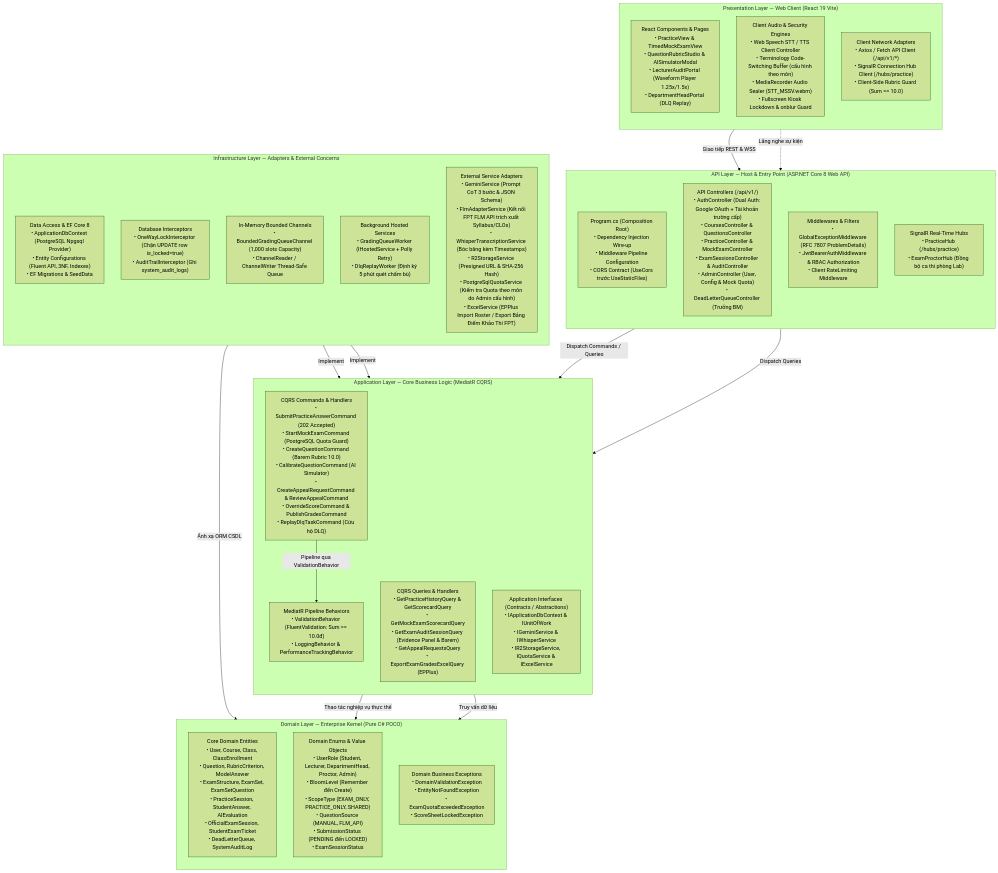
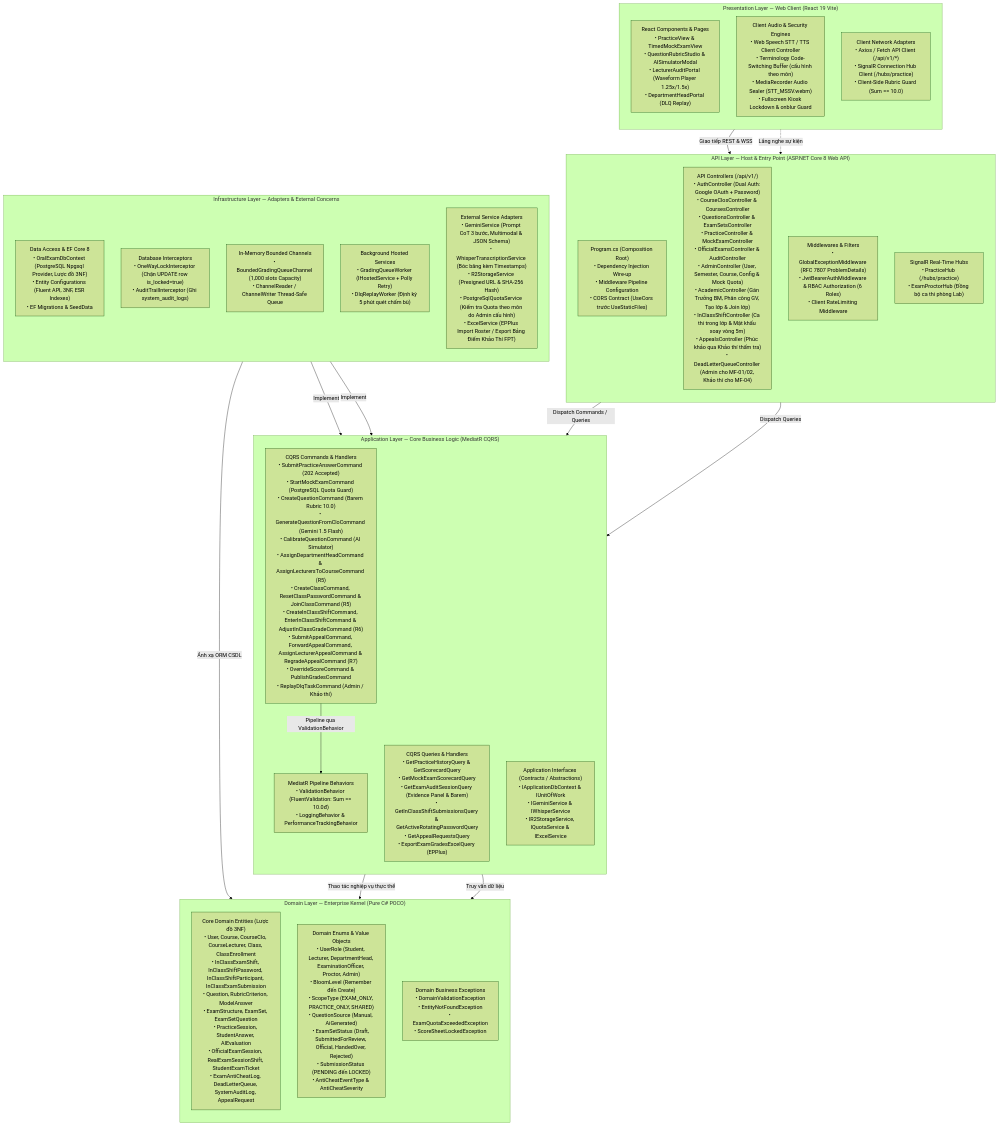
The third of 24 diagrams in docs/01_architecture/MASTER_ARCHITECTURE.md (An-LLM-based-Oral-Examination/oral-exam-system), drawn with Mermaid (forest theme) before and after one commit. The commit also changed other lines of this file and 162 other files, not shown here.

Commit message:
feat(official-exam): sync 6 roles rbac, course clos, anti-cheat logs and architecture docs

````diff
--- a/docs/01_architecture/MASTER_ARCHITECTURE.md
+++ b/docs/01_architecture/MASTER_ARCHITECTURE.md
@@ -440,53 +468,53 @@
 ```mermaid
 flowchart TD
     subgraph Layer_Client ["Presentation Layer — Web Client (React 19 Vite)"]
         direction TB
         UI_Components["React Components & Pages<br>• PracticeView & TimedMockExamView<br>• QuestionRubricStudio & AISimulatorModal<br>• LecturerAuditPortal (Waveform Player 1.25x/1.5x)<br>• DepartmentHeadPortal (DLQ Replay)"]
         UI_Audio["Client Audio & Security Engines<br>• Web Speech STT / TTS Client Controller<br>• Terminology Code-Switching Buffer (cấu hình theo môn)<br>• MediaRecorder Audio Sealer (STT_MSSV.webm)<br>• Fullscreen Kiosk Lockdown & onblur Guard"]
         UI_Network["Client Network Adapters<br>• Axios / Fetch API Client (/api/v1/*)<br>• SignalR Connection Hub Client (/hubs/practice)<br>• Client-Side Rubric Guard (Sum == 10.0)"]
     end
 
     subgraph Layer_API ["API Layer — Host & Entry Point (ASP.NET Core 8 Web API)"]
         direction TB
         API_Program["Program.cs (Composition Root)<br>• Dependency Injection Wire-up<br>• Middleware Pipeline Configuration<br>• CORS Contract (UseCors trước UseStaticFiles)"]
-        API_Controllers["API Controllers (/api/v1/)<br>• AuthController (Dual Auth: Google OAuth + Tài khoản trường cấp)<br>• CoursesController & QuestionsController<br>• PracticeController & MockExamController<br>• ExamSessionsController & AuditController<br>• AdminController (User, Config & Mock Quota)<br>• DeadLetterQueueController (Trưởng BM)"]
-        API_Middleware["Middlewares & Filters<br>• GlobalExceptionMiddleware (RFC 7807 ProblemDetails)<br>• JwtBearerAuthMiddleware & RBAC Authorization<br>• Client RateLimiting Middleware"]
+        API_Controllers["API Controllers (/api/v1/)<br>• AuthController (Dual Auth: Google OAuth + Password)<br>• CourseClosController & CoursesController<br>• QuestionsController & ExamSetsController<br>• PracticeController & MockExamController<br>• OfficialExamsController & AuditController<br>• AdminController (User, Semester, Course, Config & Mock Quota)<br>• AcademicController (Gán Trưởng BM, Phân công GV, Tạo lớp & Join lớp)<br>• InClassShiftController (Ca thi trong lớp & Mật khẩu xoay vòng 5m)<br>• AppealsController (Phúc khảo qua Khảo thí thẩm tra)<br>• DeadLetterQueueController (Admin cho MF-01/02, Khảo thí cho MF-04)"]
+        API_Middleware["Middlewares & Filters<br>• GlobalExceptionMiddleware (RFC 7807 ProblemDetails)<br>• JwtBearerAuthMiddleware & RBAC Authorization (6 Roles)<br>• Client RateLimiting Middleware"]
         API_SignalR["SignalR Real-Time Hubs<br>• PracticeHub (/hubs/practice)<br>• ExamProctorHub (Đồng bộ ca thi phòng Lab)"]
     end
 
     subgraph Layer_App ["Application Layer — Core Business Logic (MediatR CQRS)"]
         direction TB
-        App_Commands["CQRS Commands & Handlers<br>• SubmitPracticeAnswerCommand (202 Accepted)<br>• StartMockExamCommand (PostgreSQL Quota Guard)<br>• CreateQuestionCommand (Barem Rubric 10.0)<br>• CalibrateQuestionCommand (AI Simulator)<br>• CreateAppealRequestCommand & ReviewAppealCommand<br>• OverrideScoreCommand & PublishGradesCommand<br>• ReplayDlqTaskCommand (Cứu hộ DLQ)"]
-        App_Queries["CQRS Queries & Handlers<br>• GetPracticeHistoryQuery & GetScorecardQuery<br>• GetMockExamScorecardQuery<br>• GetExamAuditSessionQuery (Evidence Panel & Barem)<br>• GetAppealRequestsQuery<br>• ExportExamGradesExcelQuery (EPPlus)"]
+        App_Commands["CQRS Commands & Handlers<br>• SubmitPracticeAnswerCommand (202 Accepted)<br>• StartMockExamCommand (PostgreSQL Quota Guard)<br>• CreateQuestionCommand (Barem Rubric 10.0)<br>• GenerateQuestionFromCloCommand (Gemini 1.5 Flash)<br>• CalibrateQuestionCommand (AI Simulator)<br>• AssignDepartmentHeadCommand & AssignLecturersToCourseCommand (R5)<br>• CreateClassCommand, ResetClassPasswordCommand & JoinClassCommand (R5)<br>• CreateInClassShiftCommand, EnterInClassShiftCommand & AdjustInClassGradeCommand (R6)<br>• SubmitAppealCommand, ForwardAppealCommand, AssignLecturerAppealCommand & RegradeAppealCommand (R7)<br>• OverrideScoreCommand & PublishGradesCommand<br>• ReplayDlqTaskCommand (Admin / Khảo thí)"]
+        App_Queries["CQRS Queries & Handlers<br>• GetPracticeHistoryQuery & GetScorecardQuery<br>• GetMockExamScorecardQuery<br>• GetExamAuditSessionQuery (Evidence Panel & Barem)<br>• GetInClassShiftSubmissionsQuery & GetActiveRotatingPasswordQuery<br>• GetAppealRequestsQuery<br>• ExportExamGradesExcelQuery (EPPlus)"]
         App_Pipeline["MediatR Pipeline Behaviors<br>• ValidationBehavior (FluentValidation: Sum == 10.0đ)<br>• LoggingBehavior & PerformanceTrackingBehavior"]
         App_Interfaces["Application Interfaces (Contracts / Abstractions)<br>• IApplicationDbContext & IUnitOfWork<br>• IGeminiService & IWhisperService<br>• IR2StorageService, IQuotaService & IExcelService"]
     end
 
     subgraph Layer_Infra ["Infrastructure Layer — Adapters & External Concerns"]
         direction TB
-        Infra_Persistence["Data Access & EF Core 8<br>• ApplicationDbContext (PostgreSQL Npgsql Provider)<br>• Entity Configurations (Fluent API, 3NF, Indexes)<br>• EF Migrations & SeedData"]
+        Infra_Persistence["Data Access & EF Core 8<br>• OralExamDbContext (PostgreSQL Npgsql Provider, Lược đồ 3NF)<br>• Entity Configurations (Fluent API, 3NF, ESR Indexes)<br>• EF Migrations & SeedData"]
         Infra_Interceptors["Database Interceptors<br>• OneWayLockInterceptor (Chặn UPDATE row is_locked=true)<br>• AuditTrailInterceptor (Ghi system_audit_logs)"]
         Infra_Channels["In-Memory Bounded Channels<br>• BoundedGradingQueueChannel (1,000 slots Capacity)<br>• ChannelReader / ChannelWriter Thread-Safe Queue"]
         Infra_Workers["Background Hosted Services<br>• GradingQueueWorker (IHostedService + Polly Retry)<br>• DlqReplayWorker (Định kỳ 5 phút quét chấm bù)"]
-        Infra_ExternalServices["External Service Adapters<br>• GeminiService (Prompt CoT 3 bước & JSON Schema)<br>• FlmAdapterService (Kết nối FPT FLM API trích xuất Syllabus/CLOs)<br>• WhisperTranscriptionService (Bóc băng kèm Timestamps)<br>• R2StorageService (Presigned URL & SHA-256 Hash)<br>• PostgreSqlQuotaService (Kiểm tra Quota theo môn do Admin cấu hình)<br>• ExcelService (EPPlus Import Roster / Export Bảng Điểm Khảo Thí FPT)"]
+        Infra_ExternalServices["External Service Adapters<br>• GeminiService (Prompt CoT 3 bước, Multimodal & JSON Schema)<br>• WhisperTranscriptionService (Bóc băng kèm Timestamps)<br>• R2StorageService (Presigned URL & SHA-256 Hash)<br>• PostgreSqlQuotaService (Kiểm tra Quota theo môn do Admin cấu hình)<br>• ExcelService (EPPlus Import Roster / Export Bảng Điểm Khảo Thí FPT)"]
     end
 
     subgraph Layer_Domain ["Domain Layer — Enterprise Kernel (Pure C# POCO)"]
         direction TB
-        Domain_Entities["Core Domain Entities<br>• User, Course, Class, ClassEnrollment<br>• Question, RubricCriterion, ModelAnswer<br>• ExamStructure, ExamSet, ExamSetQuestion<br>• PracticeSession, StudentAnswer, AIEvaluation<br>• OfficialExamSession, StudentExamTicket<br>• DeadLetterQueue, SystemAuditLog"]
-        Domain_Enums["Domain Enums & Value Objects<br>• UserRole (Student, Lecturer, DepartmentHead, Proctor, Admin)<br>• BloomLevel (Remember đến Create)<br>• ScopeType (EXAM_ONLY, PRACTICE_ONLY, SHARED)<br>• QuestionSource (MANUAL, FLM_API)<br>• SubmissionStatus (PENDING đến LOCKED)<br>• ExamSessionStatus"]
+        Domain_Entities["Core Domain Entities (Lược đồ 3NF)<br>• User, Course, CourseClo, CourseLecturer, Class, ClassEnrollment<br>• InClassExamShift, InClassShiftPassword, InClassShiftParticipant, InClassExamSubmission<br>• Question, RubricCriterion, ModelAnswer<br>• ExamStructure, ExamSet, ExamSetQuestion<br>• PracticeSession, StudentAnswer, AIEvaluation<br>• OfficialExamSession, RealExamSessionShift, StudentExamTicket<br>• ExamAntiCheatLog, DeadLetterQueue, SystemAuditLog, AppealRequest"]
+        Domain_Enums["Domain Enums & Value Objects<br>• UserRole (Student, Lecturer, DepartmentHead, ExaminationOfficer, Proctor, Admin)<br>• BloomLevel (Remember đến Create)<br>• ScopeType (EXAM_ONLY, PRACTICE_ONLY, SHARED)<br>• QuestionSource (Manual, AiGenerated)<br>• ExamSetStatus (Draft, SubmittedForReview, Official, HandedOver, Rejected)<br>• SubmissionStatus (PENDING đến LOCKED)<br>• AntiCheatEventType & AntiCheatSeverity"]
         Domain_Exceptions["Domain Business Exceptions<br>• DomainValidationException<br>• EntityNotFoundException<br>• ExamQuotaExceededException<br>• ScoreSheetLockedException"]
     end
 
     %% Dependency Arrows
     UI_Network -->|Giao tiếp REST & WSS| API_Controllers
     UI_Network -.->|Lắng nghe sự kiện| API_SignalR
     API_Controllers -->|Dispatch Commands / Queries| App_Commands
     API_Controllers -->|Dispatch Queries| App_Queries
     App_Commands -->|Pipeline qua ValidationBehavior| App_Pipeline
     Infra_Persistence -->|Implement| App_Interfaces
     Infra_ExternalServices -->|Implement| App_Interfaces
     App_Commands -->|Thao tác nghiệp vụ thực thể| Domain_Entities
     App_Queries -->|Truy vấn dữ liệu| Domain_Entities
     Infra_Persistence -->|Ánh xạ ORM CSDL| Domain_Entities
 ```
````
